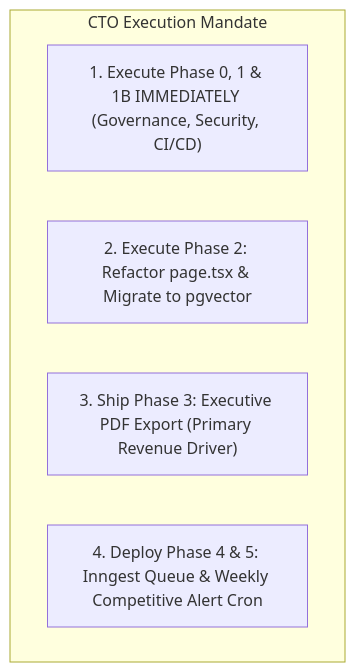
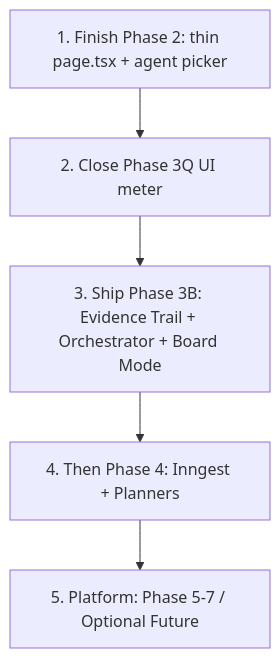
Diagram 12 of 12 in docs/phase_by_phase_improvement_plan.md (Pasidu-Mihiranga/Veracity), drawn with Mermaid before and after one commit. The commit also changed other lines of this file and 1 other file, not shown here.

````diff
--- a/docs/phase_by_phase_improvement_plan.md
+++ b/docs/phase_by_phase_improvement_plan.md
@@ -1000,9 +1539,9 @@
 ```mermaid
 graph TD
-    subgraph "CTO Execution Mandate"
-        D1["1. Execute Phase 0, 1 & 1B IMMEDIATELY (Governance, Security, CI/CD)"]
-        D2["2. Execute Phase 2: Refactor page.tsx & Migrate to pgvector"]
-        D3["3. Ship Phase 3: Executive PDF Export (Primary Revenue Driver)"]
-        D4["4. Deploy Phase 4 & 5: Inngest Queue & Weekly Competitive Alert Cron"]
-    end
+    D1["1. Finish Phase 2: thin page.tsx + agent picker"]
+    D2["2. Close Phase 3Q UI meter"]
+    D3["3. Ship Phase 3B: Evidence Trail + Orchestrator + Board Mode"]
+    D4["4. Then Phase 4: Inngest + Planners"]
+    D5["5. Platform: Phase 5-7 / Optional Future"]
+    D1 --> D2 --> D3 --> D4 --> D5
 ```
````
